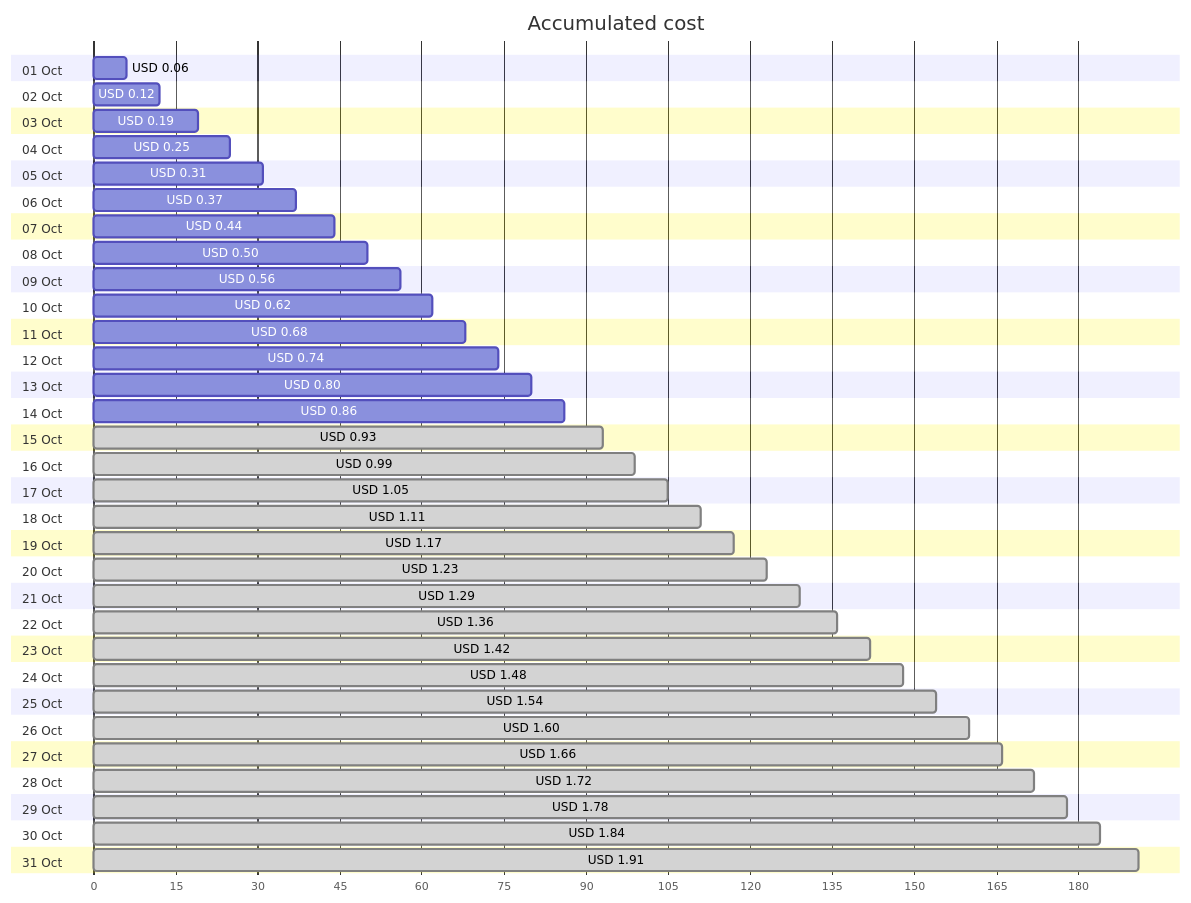
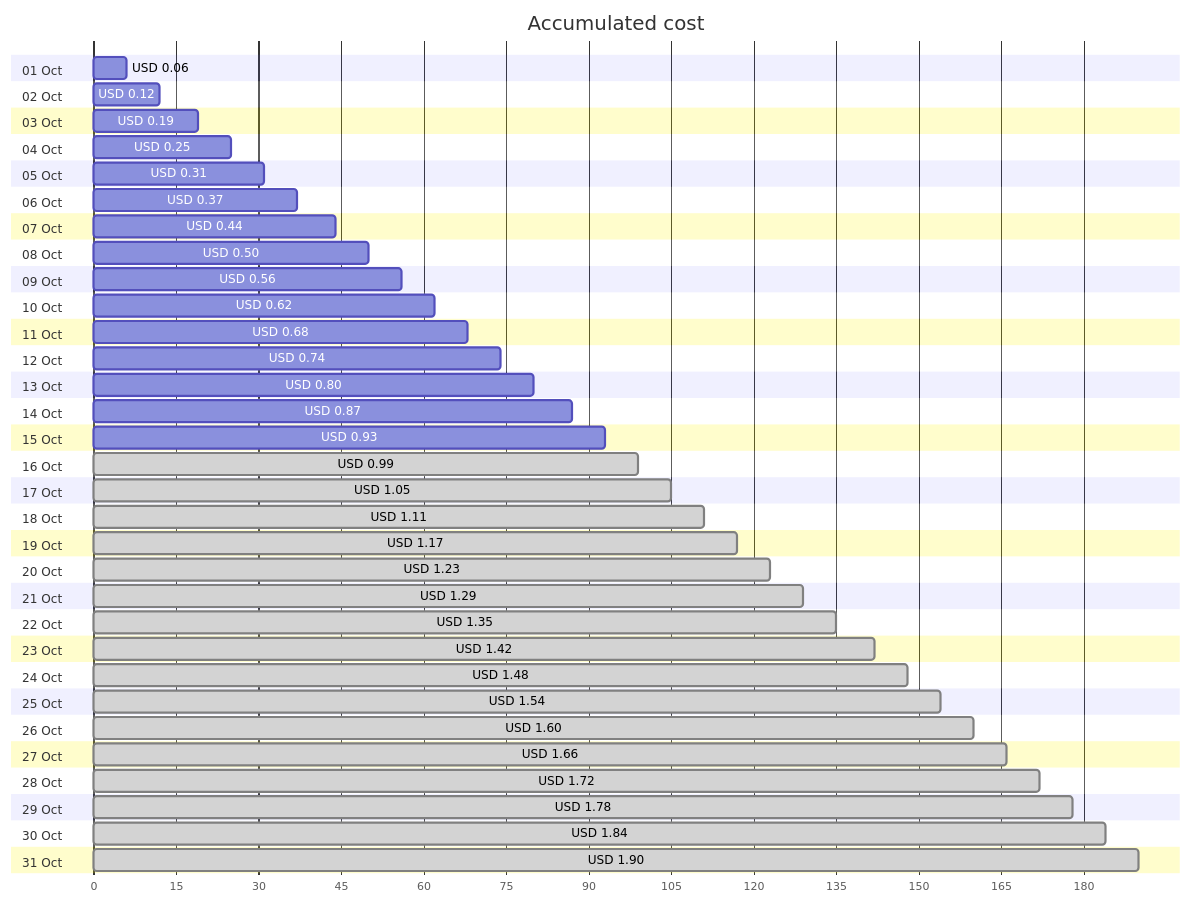
One commit to jpfulton/azure-personal-reports changed the first of 4 diagrams in cost-reports/personal-network/vpn-server_OsDisk.md. Above: the diagram before and after it, drawn with Mermaid. The commit also changed other lines of this file and 8 other files, not shown here.

````diff
--- a/cost-reports/personal-network/vpn-server_OsDisk.md
+++ b/cost-reports/personal-network/vpn-server_OsDisk.md
@@ -20,68 +20,68 @@
 ```mermaid
 gantt
    title Accumulated cost
    dateFormat  X
    axisFormat %s
    section 01 Oct
    USD 0.06 :0, 6
    section 02 Oct
    USD 0.12 :0, 12
    section 03 Oct
    USD 0.19 :0, 19
    section 04 Oct
    USD 0.25 :0, 25
    section 05 Oct
    USD 0.31 :0, 31
    section 06 Oct
    USD 0.37 :0, 37
    section 07 Oct
    USD 0.44 :0, 44
    section 08 Oct
    USD 0.50 :0, 50
    section 09 Oct
    USD 0.56 :0, 56
    section 10 Oct
    USD 0.62 :0, 62
    section 11 Oct
    USD 0.68 :0, 68
    section 12 Oct
    USD 0.74 :0, 74
    section 13 Oct
    USD 0.80 :0, 80
    section 14 Oct
-   USD 0.86 :0, 86
+   USD 0.87 :0, 87
    section 15 Oct
-   USD 0.93 : done, 0, 93
+   USD 0.93 :0, 93
    section 16 Oct
    USD 0.99 : done, 0, 99
    section 17 Oct
    USD 1.05 : done, 0, 105
    section 18 Oct
    USD 1.11 : done, 0, 111
    section 19 Oct
    USD 1.17 : done, 0, 117
    section 20 Oct
    USD 1.23 : done, 0, 123
    section 21 Oct
    USD 1.29 : done, 0, 129
    section 22 Oct
-   USD 1.36 : done, 0, 136
+   USD 1.35 : done, 0, 135
    section 23 Oct
    USD 1.42 : done, 0, 142
    section 24 Oct
    USD 1.48 : done, 0, 148
    section 25 Oct
    USD 1.54 : done, 0, 154
    section 26 Oct
    USD 1.60 : done, 0, 160
    section 27 Oct
    USD 1.66 : done, 0, 166
    section 28 Oct
    USD 1.72 : done, 0, 172
    section 29 Oct
    USD 1.78 : done, 0, 178
    section 30 Oct
    USD 1.84 : done, 0, 184
    section 31 Oct
-   USD 1.91 : done, 0, 191
+   USD 1.90 : done, 0, 190
 ```
````
